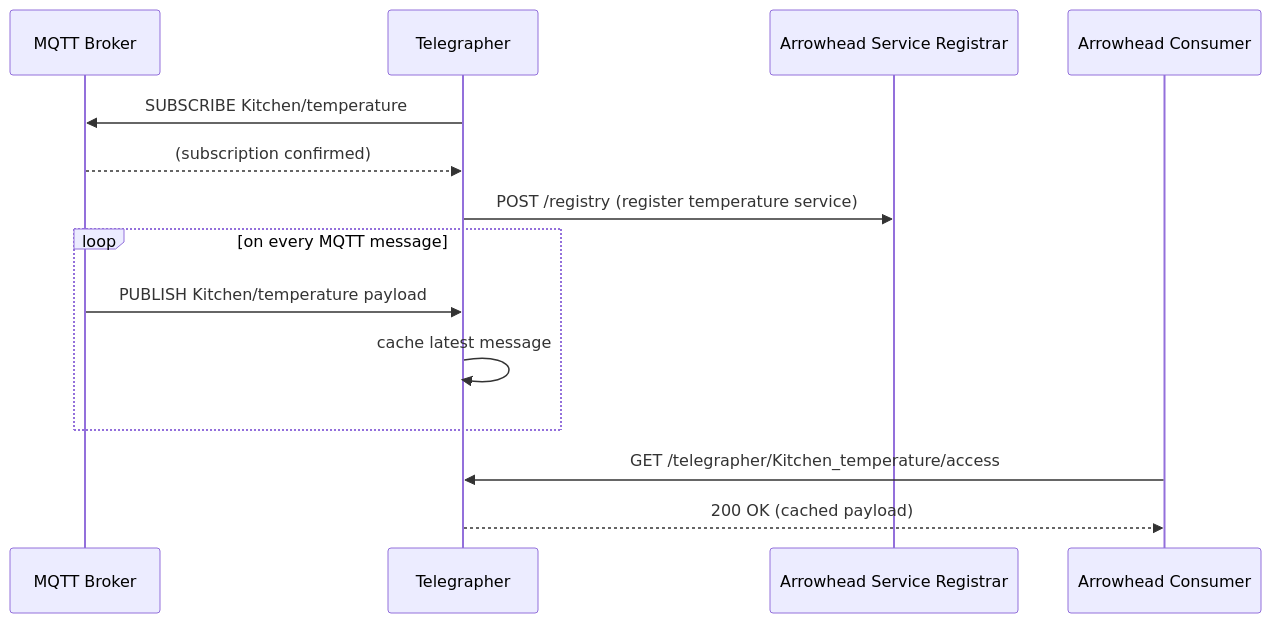
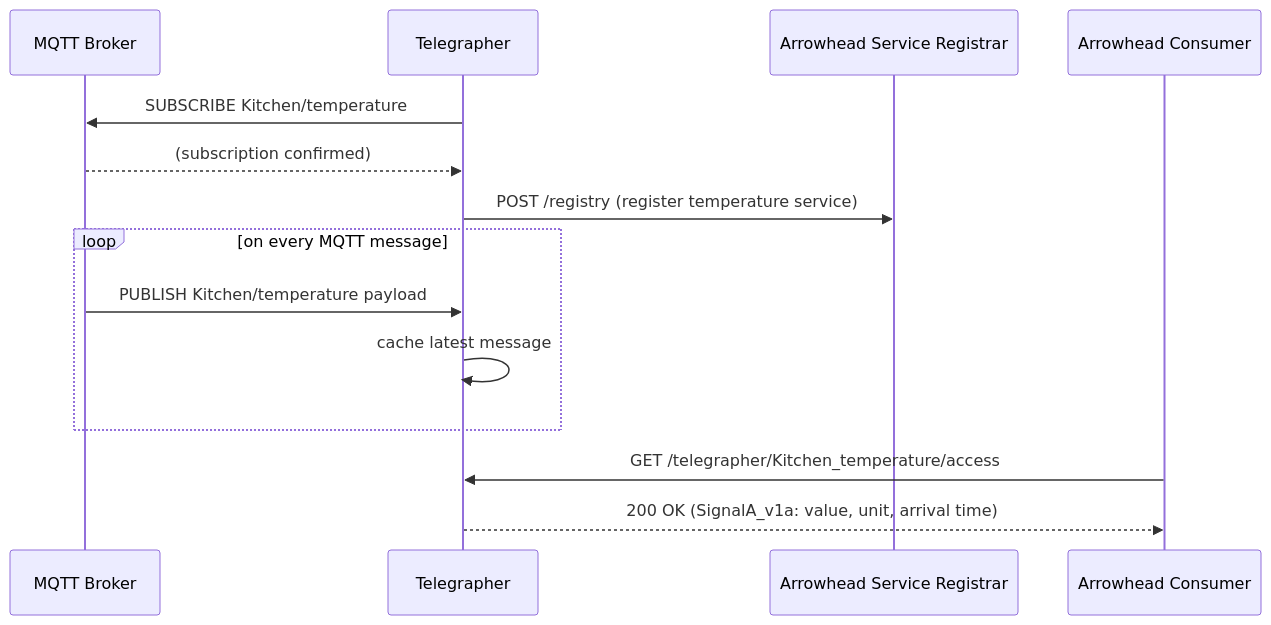
The first of 2 diagrams in telegrapher/README.md (sdoque/systems), drawn with Mermaid before and after one commit. The commit also changed other lines of this file, not shown here.

````diff
--- a/telegrapher/README.md
+++ b/telegrapher/README.md
@@ -16,19 +16,19 @@
 ```mermaid
 sequenceDiagram
     participant Broker as MQTT Broker
     participant T as Telegrapher
     participant R as Arrowhead Service Registrar
     participant C as Arrowhead Consumer
 
     T->>Broker: SUBSCRIBE Kitchen/temperature
     Broker-->>T: (subscription confirmed)
     T->>R: POST /registry (register temperature service)
 
     loop on every MQTT message
         Broker->>T: PUBLISH Kitchen/temperature payload
         T->>T: cache latest message
     end
 
     C->>T: GET /telegrapher/Kitchen_temperature/access
-    T-->>C: 200 OK (cached payload)
+    T-->>C: 200 OK (SignalA_v1a: value, unit, arrival time)
 ```
````
